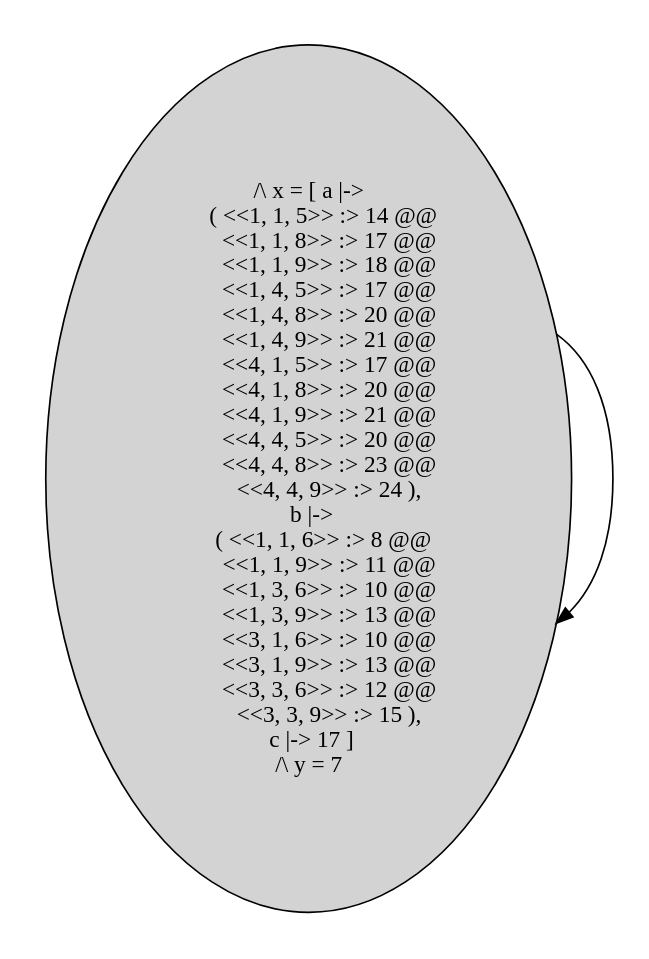
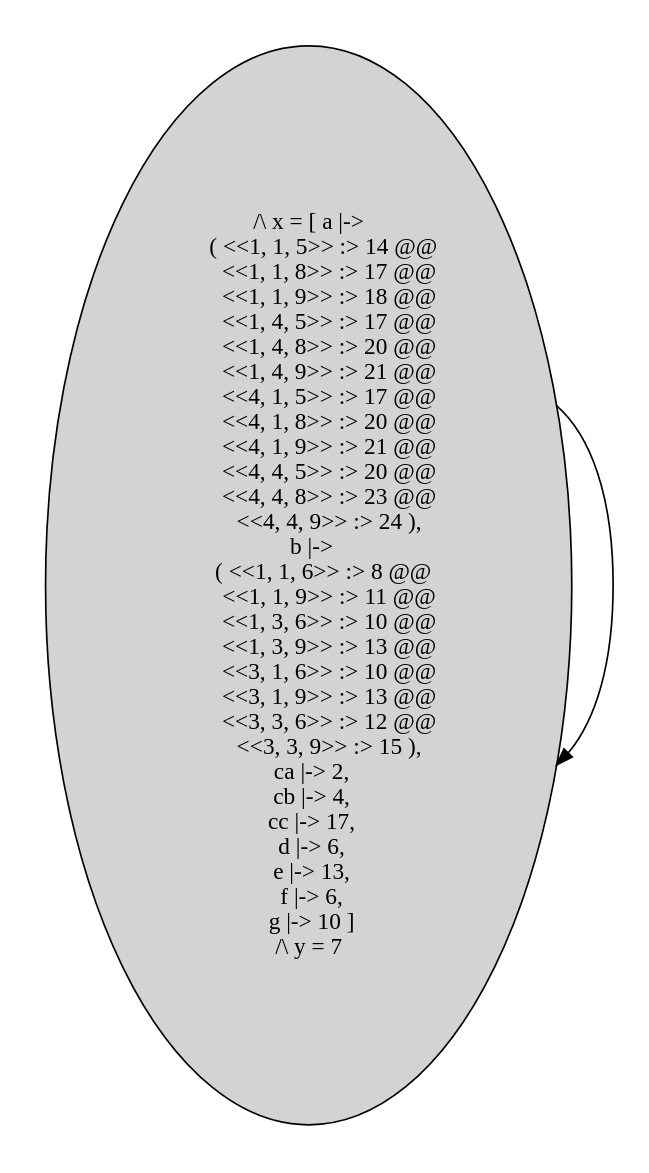
One commit to will62794/tla-web changed the diagram in specs/with_state_graphs/simple_fcn.tla.dot. Above: the diagram before and after it, drawn with Graphviz. The commit also changed 3 other files, not shown here.

```diff
--- a/specs/with_state_graphs/simple_fcn.tla.dot
+++ b/specs/with_state_graphs/simple_fcn.tla.dot
@@ -1,9 +1,9 @@
 strict digraph DiskGraph {
 nodesep=0.35;
 subgraph cluster_graph {
 color="white";
--6228687529586450627 [label="/\\ x = [ a |->\n      ( <<1, 1, 5>> :> 14 @@\n        <<1, 1, 8>> :> 17 @@\n        <<1, 1, 9>> :> 18 @@\n        <<1, 4, 5>> :> 17 @@\n        <<1, 4, 8>> :> 20 @@\n        <<1, 4, 9>> :> 21 @@\n        <<4, 1, 5>> :> 17 @@\n        <<4, 1, 8>> :> 20 @@\n        <<4, 1, 9>> :> 21 @@\n        <<4, 4, 5>> :> 20 @@\n        <<4, 4, 8>> :> 23 @@\n        <<4, 4, 9>> :> 24 ),\n  b |->\n      ( <<1, 1, 6>> :> 8 @@\n        <<1, 1, 9>> :> 11 @@\n        <<1, 3, 6>> :> 10 @@\n        <<1, 3, 9>> :> 13 @@\n        <<3, 1, 6>> :> 10 @@\n        <<3, 1, 9>> :> 13 @@\n        <<3, 3, 6>> :> 12 @@\n        <<3, 3, 9>> :> 15 ),\n  c |-> 17 ]\n/\\ y = 7",style = filled]
--6228687529586450627 -> -6228687529586450627 [label="",color="black",fontcolor="black"];
-{rank = same; -6228687529586450627;}
+5506947099244383773 [label="/\\ x = [ a |->\n      ( <<1, 1, 5>> :> 14 @@\n        <<1, 1, 8>> :> 17 @@\n        <<1, 1, 9>> :> 18 @@\n        <<1, 4, 5>> :> 17 @@\n        <<1, 4, 8>> :> 20 @@\n        <<1, 4, 9>> :> 21 @@\n        <<4, 1, 5>> :> 17 @@\n        <<4, 1, 8>> :> 20 @@\n        <<4, 1, 9>> :> 21 @@\n        <<4, 4, 5>> :> 20 @@\n        <<4, 4, 8>> :> 23 @@\n        <<4, 4, 9>> :> 24 ),\n  b |->\n      ( <<1, 1, 6>> :> 8 @@\n        <<1, 1, 9>> :> 11 @@\n        <<1, 3, 6>> :> 10 @@\n        <<1, 3, 9>> :> 13 @@\n        <<3, 1, 6>> :> 10 @@\n        <<3, 1, 9>> :> 13 @@\n        <<3, 3, 6>> :> 12 @@\n        <<3, 3, 9>> :> 15 ),\n  ca |-> 2,\n  cb |-> 4,\n  cc |-> 17,\n  d |-> 6,\n  e |-> 13,\n  f |-> 6,\n  g |-> 10 ]\n/\\ y = 7",style = filled]
+5506947099244383773 -> 5506947099244383773 [label="",color="black",fontcolor="black"];
+{rank = same; 5506947099244383773;}
 }
 }
```
